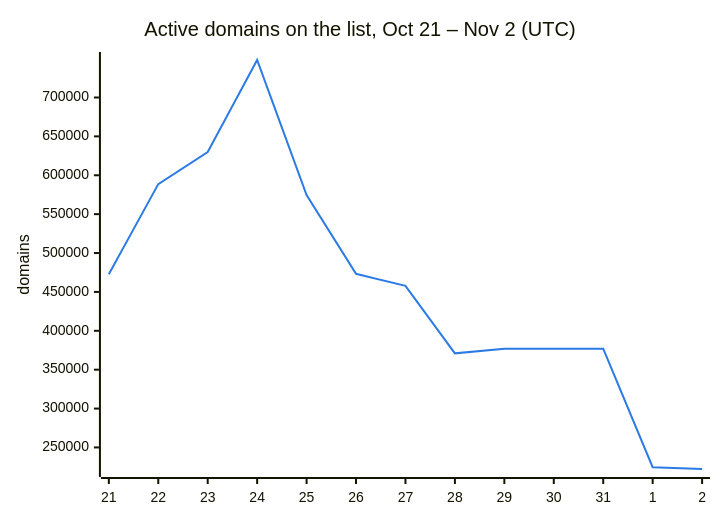
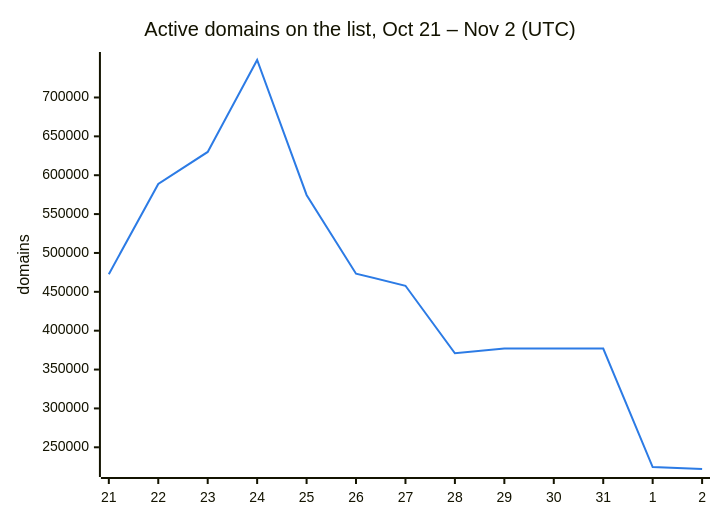
Before and after one commit to DNSBunker/CTI: the second of 3 diagrams in README.md, drawn with Mermaid. The commit also changed other lines of this file and 3 other files, not shown here.

````diff
--- a/README.md
+++ b/README.md
@@ -38,8 +38,8 @@
 ```mermaid
 %%{init: {"themeVariables": {"xyChart": {"plotColorPalette": "#2c7be5"}}}}%%
 xychart-beta
     title "Active domains on the list, Oct 21 – Nov 2 (UTC)"
     x-axis ["21", "22", "23", "24", "25", "26", "27", "28", "29", "30", "31", "1", "2"]
     y-axis "domains"
-    line [472713, 588659, 629951, 748222, 574614, 473331, 457795, 371010, 376945, 376945, 376945, 224607, 222290]
+    line [472713, 588659, 629951, 748222, 574614, 473331, 457795, 371010, 376945, 376945, 376945, 224607, 222072]
 ```
````
